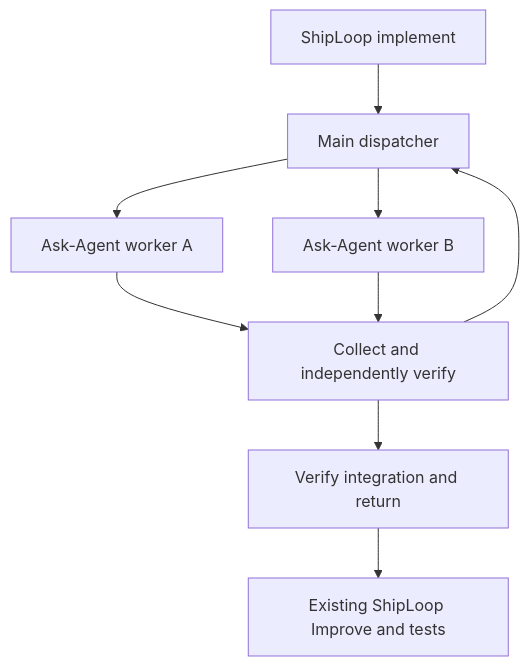
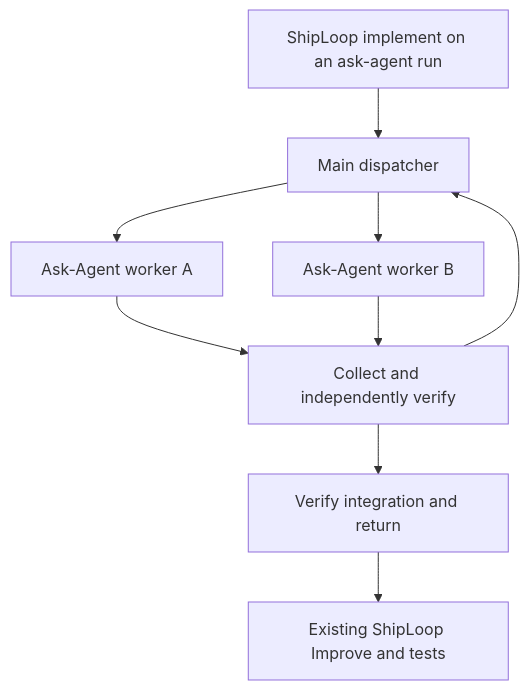
One commit to whichguy/skill-craft changed the diagram in skills/shiploop/references/parallel-chain.md. Above: the diagram before and after it, drawn with Mermaid. The commit also changed other lines of this file and 42 other files, not shown here.

````diff
--- a/skills/shiploop/references/parallel-chain.md
+++ b/skills/shiploop/references/parallel-chain.md
@@ -18,11 +26,11 @@
 ```mermaid
 flowchart TD
-    S[ShipLoop implement] --> D[Main dispatcher]
+    S[ShipLoop implement on an ask-agent run] --> D[Main dispatcher]
     D --> A[Ask-Agent worker A]
     D --> B[Ask-Agent worker B]
     A --> V[Collect and independently verify]
     B --> V
     V --> D
     V --> J[Verify integration and return]
     J --> I[Existing ShipLoop Improve and tests]
 ```
````
